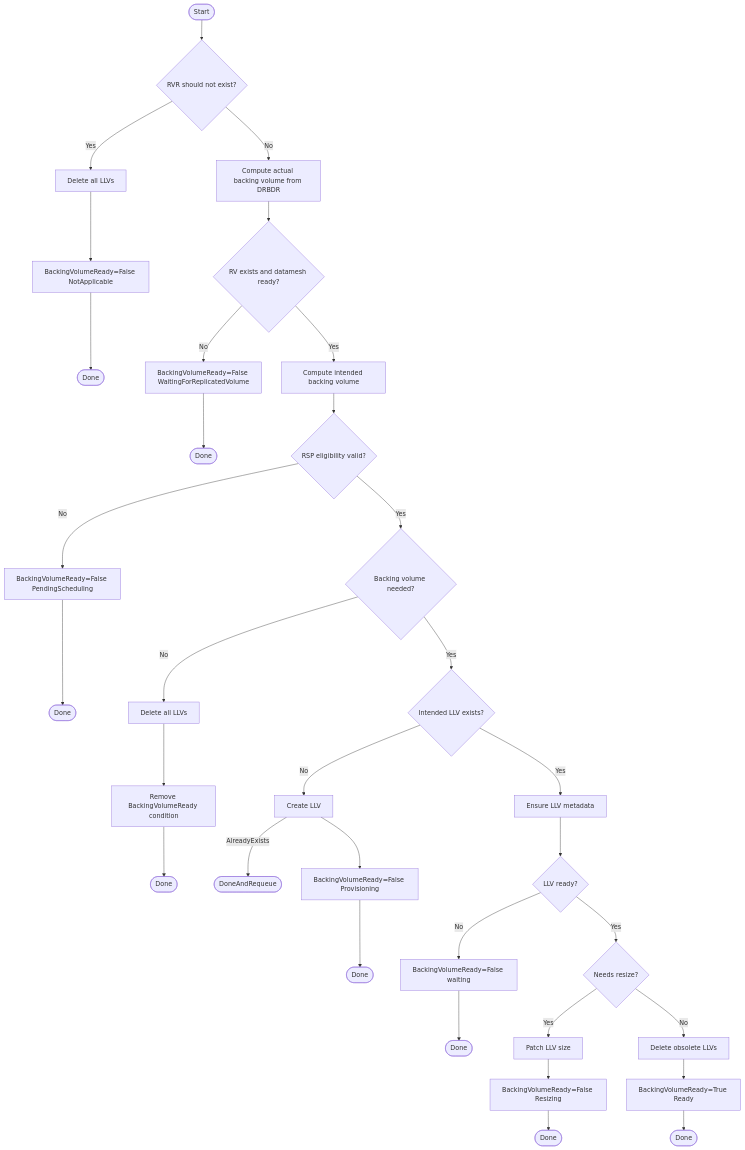
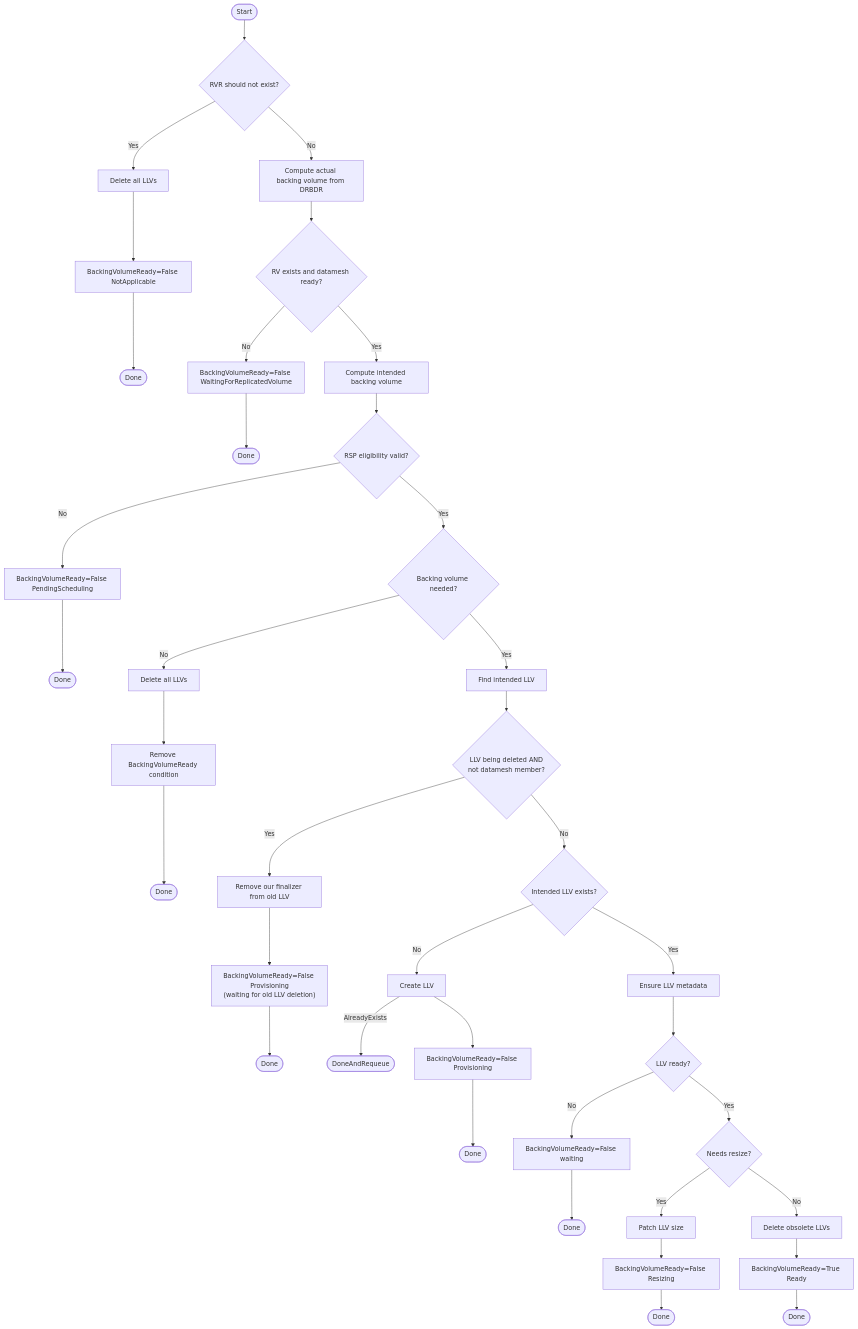
Before and after one commit to deckhouse/sds-replicated-volume: the third of 15 diagrams in images/controller/internal/controllers/rvr_controller/README.md, drawn with Mermaid. The commit also changed other lines of this file and 3 other files, not shown here.

First line of the commit message:
[controller] Wait for old deleting LLV on RVR recreation, fix empty condition suffix

````diff
--- a/images/controller/internal/controllers/rvr_controller/README.md
+++ b/images/controller/internal/controllers/rvr_controller/README.md
@@ -610,42 +613,48 @@
 ```mermaid
 flowchart TD
     Start([Start]) --> CheckDelete{RVR should not exist?}
     CheckDelete -->|Yes| DeleteAll[Delete all LLVs]
     DeleteAll --> SetNA1[BackingVolumeReady=False NotApplicable]
     SetNA1 --> End1([Done])
 
     CheckDelete -->|No| ComputeActual[Compute actual backing volume from DRBDR]
     ComputeActual --> CheckRV{RV exists and datamesh ready?}
     CheckRV -->|No| WaitRV[BackingVolumeReady=False WaitingForReplicatedVolume]
     WaitRV --> End2([Done])
 
     CheckRV -->|Yes| ComputeIntended[Compute intended backing volume]
     ComputeIntended --> CheckRSPElig{RSP eligibility valid?}
     CheckRSPElig -->|No| SetPendingRSP[BackingVolumeReady=False PendingScheduling]
     SetPendingRSP --> EndRSP([Done])
 
     CheckRSPElig -->|Yes| CheckNeed{Backing volume needed?}
     CheckNeed -->|No| DeleteLLVs[Delete all LLVs]
     DeleteLLVs --> RemoveCond[Remove BackingVolumeReady condition]
     RemoveCond --> End3([Done])
 
-    CheckNeed -->|Yes| CheckExists{Intended LLV exists?}
+    CheckNeed -->|Yes| FindLLV[Find intended LLV]
+    FindLLV --> CheckDeleting{"LLV being deleted AND\nnot datamesh member?"}
+    CheckDeleting -->|Yes| RemoveFin2[Remove our finalizer from old LLV]
+    RemoveFin2 --> SetWaitDel["BackingVolumeReady=False Provisioning\n(waiting for old LLV deletion)"]
+    SetWaitDel --> EndWait([Done])
+
+    CheckDeleting -->|No| CheckExists{Intended LLV exists?}
     CheckExists -->|No| Create[Create LLV]
     Create -->|AlreadyExists| Requeue([DoneAndRequeue])
     Create --> SetProv[BackingVolumeReady=False Provisioning]
     SetProv --> End4([Done])
 
     CheckExists -->|Yes| EnsureMeta[Ensure LLV metadata]
     EnsureMeta --> CheckReady{LLV ready?}
     CheckReady -->|No| SetWait[BackingVolumeReady=False waiting]
     SetWait --> End5([Done])
 
     CheckReady -->|Yes| CheckResize{Needs resize?}
     CheckResize -->|Yes| PatchSize[Patch LLV size]
     PatchSize --> SetResize[BackingVolumeReady=False Resizing]
     SetResize --> End6([Done])
 
     CheckResize -->|No| DeleteObs[Delete obsolete LLVs]
     DeleteObs --> SetReady[BackingVolumeReady=True Ready]
     SetReady --> End7([Done])
 ```
````
